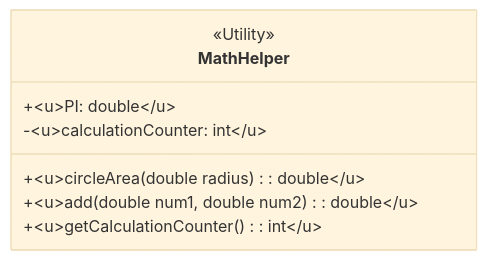
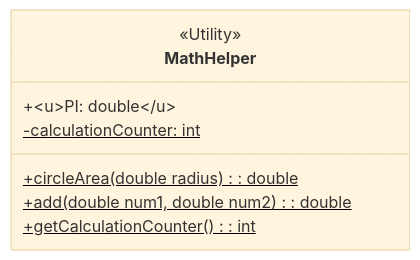
Before and after one commit to rodhpadilla/reviewHangMan: the eighth of 9 diagrams in README.md, drawn with Mermaid (base theme). The commit also changed other lines of this file and 3 other files, not shown here.

````diff
--- a/README.md
+++ b/README.md
@@ -124,11 +124,11 @@
 ```mermaid
 classDiagram
     class MathHelper {
         <<Utility>>
         +<u>PI: double</u>
-        -<u>calculationCounter: int</u>
-        +<u>circleArea(double radius): double</u>
-        +<u>add(double num1, double num2): double</u>
-        +<u>getCalculationCounter(): int</u>
+        -calculationCounter: int$
+        +circleArea(double radius): double$
+        +add(double num1, double num2): double$
+        +getCalculationCounter(): int</u>$
     }
 ```
````
